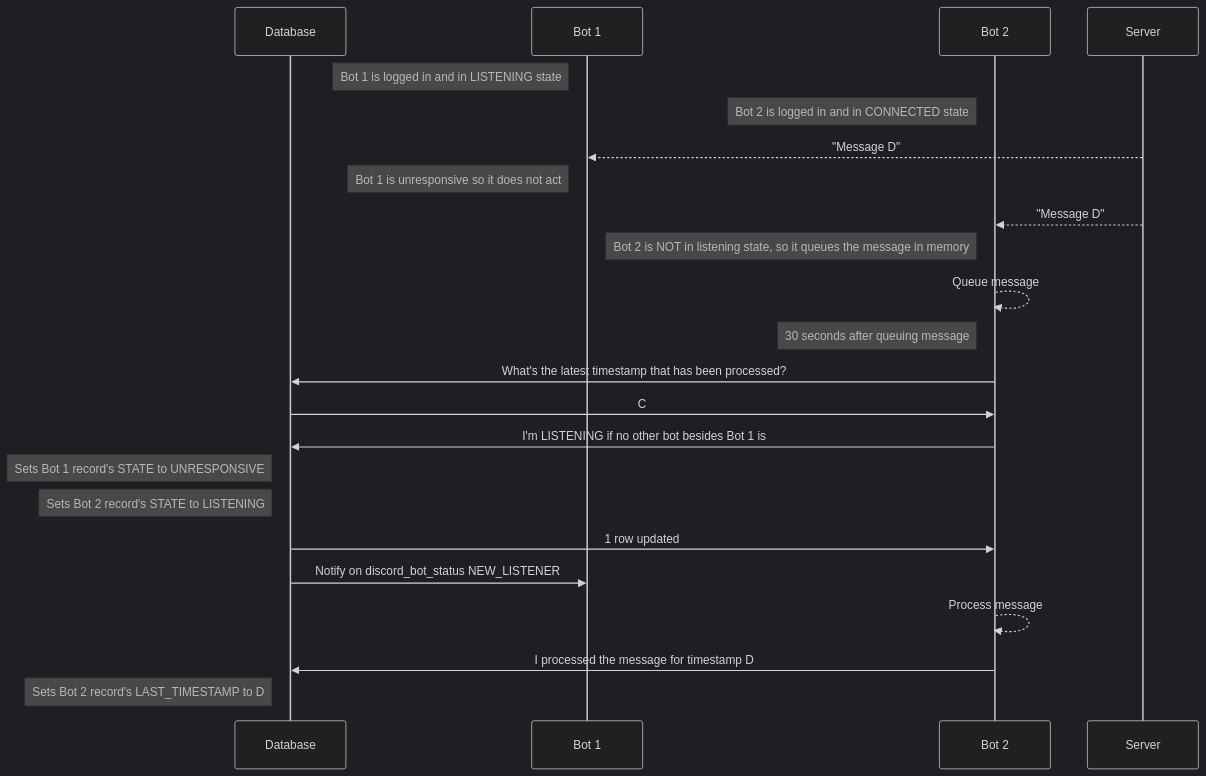
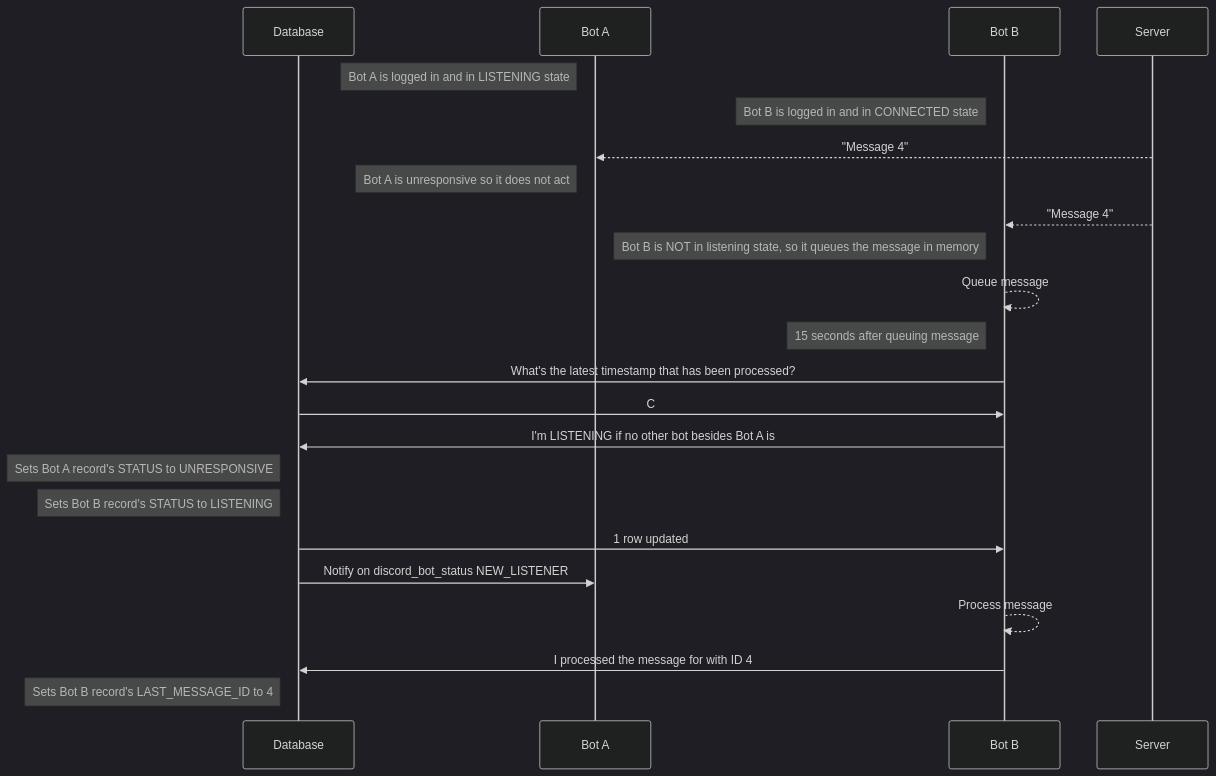
The fourth of 4 diagrams in packages/discord-bot/docs/multiple-bot-instances-sequence-diagram.md (cardstack/cardstack), drawn with Mermaid (dark theme) before and after one commit. The commit also changed other lines of this file, not shown here.

Commit message:
Update sequence diagrams

````diff
--- a/packages/discord-bot/docs/multiple-bot-instances-sequence-diagram.md
+++ b/packages/discord-bot/docs/multiple-bot-instances-sequence-diagram.md
@@ -110,27 +110,27 @@
 ```mermaid
 sequenceDiagram
     participant Database
-    participant Bot 1
-    participant Bot 2
+    participant Bot A
+    participant Bot B
     participant Server
 
-    Note left of Bot 1: Bot 1 is logged in and in LISTENING state
-    Note left of Bot 2: Bot 2 is logged in and in CONNECTED state
+    Note left of Bot A: Bot A is logged in and in LISTENING state
+    Note left of Bot B: Bot B is logged in and in CONNECTED state
 
-    Server-->>Bot 1: "Message D"
-    Note left of Bot 1: Bot 1 is unresponsive so it does not act
-    Server-->>Bot 2: "Message D"
-    Note left of Bot 2: Bot 2 is NOT in listening state, so it queues the message in memory
-    Bot 2-->>Bot 2: Queue message
-    Note left of Bot 2: 30 seconds after queuing message
-    Bot 2->>Database: What's the latest timestamp that has been processed?
-    Database->>Bot 2: C
-    Bot 2->>Database: I'm LISTENING if no other bot besides Bot 1 is
-    Note left of Database: Sets Bot 1 record's STATE to UNRESPONSIVE
-    Note left of Database: Sets Bot 2 record's STATE to LISTENING
-    Database->>Bot 2: 1 row updated
-    Database->>Bot 1: Notify on discord_bot_status NEW_LISTENER
-    Bot 2-->>Bot 2: Process message
-    Bot 2->>Database: I processed the message for timestamp D
-    Note left of Database: Sets Bot 2 record's LAST_TIMESTAMP to D
+    Server-->>Bot A: "Message 4"
+    Note left of Bot A: Bot A is unresponsive so it does not act
+    Server-->>Bot B: "Message 4"
+    Note left of Bot B: Bot B is NOT in listening state, so it queues the message in memory
+    Bot B-->>Bot B: Queue message
+    Note left of Bot B: 15 seconds after queuing message
+    Bot B->>Database: What's the latest timestamp that has been processed?
+    Database->>Bot B: C
+    Bot B->>Database: I'm LISTENING if no other bot besides Bot A is
+    Note left of Database: Sets Bot A record's STATUS to UNRESPONSIVE
+    Note left of Database: Sets Bot B record's STATUS to LISTENING
+    Database->>Bot B: 1 row updated
+    Database->>Bot A: Notify on discord_bot_status NEW_LISTENER
+    Bot B-->>Bot B: Process message
+    Bot B->>Database: I processed the message for with ID 4
+    Note left of Database: Sets Bot B record's LAST_MESSAGE_ID to 4
 ```
````
